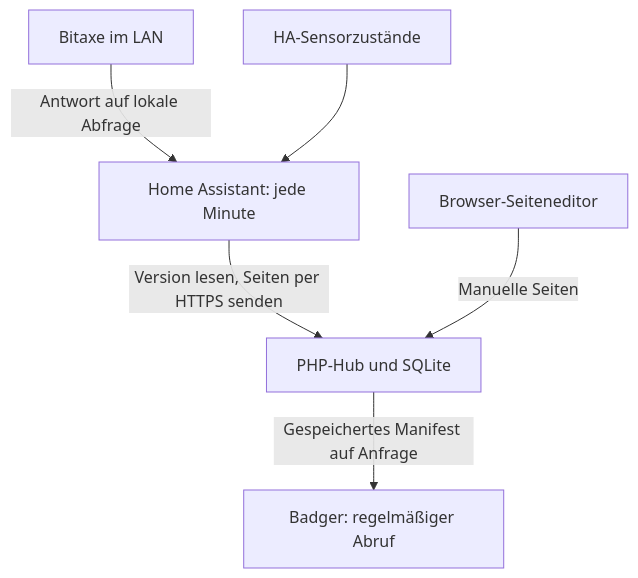
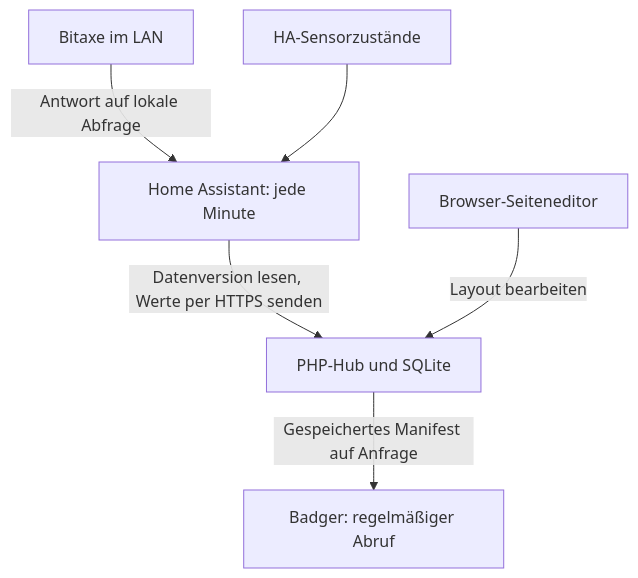
One commit to ulrischa/badger-universal-app changed the diagram in docs/home-assistant-bitaxe.md. Above: the diagram before and after it, drawn with Mermaid. The commit also changed other lines of this file and 21 other files, not shown here.

````diff
--- a/docs/home-assistant-bitaxe.md
+++ b/docs/home-assistant-bitaxe.md
@@ -33,8 +37,8 @@
 ```mermaid
 flowchart TD
     X["Bitaxe im LAN"] -->|"Antwort auf lokale Abfrage"| H["Home Assistant: jede Minute"]
     S["HA-Sensorzustände"] --> H
-    H -->|"Version lesen, Seiten per HTTPS senden"| U["PHP-Hub und SQLite"]
-    E["Browser-Seiteneditor"] -->|"Manuelle Seiten"| U
+    H -->|"Datenversion lesen, Werte per HTTPS senden"| U["PHP-Hub und SQLite"]
+    E["Browser-Seiteneditor"] -->|"Layout bearbeiten"| U
     U -->|"Gespeichertes Manifest auf Anfrage"| B["Badger: regelmäßiger Abruf"]
 ```
````
